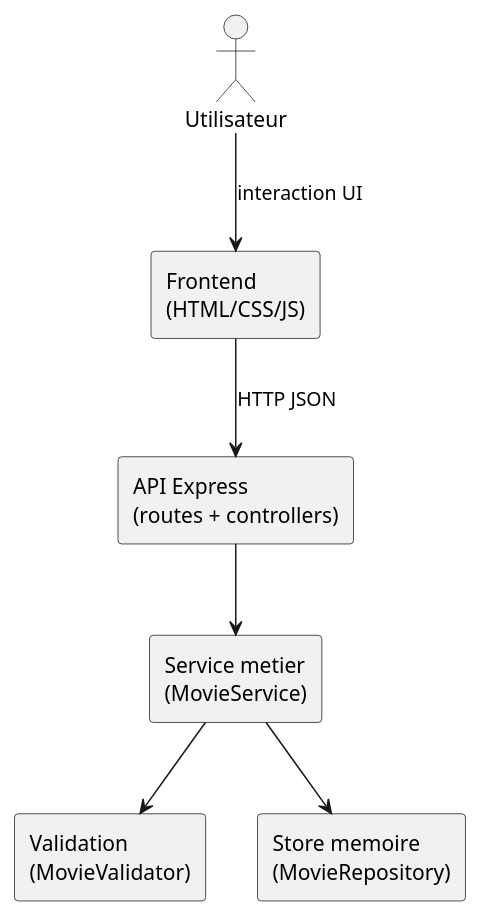
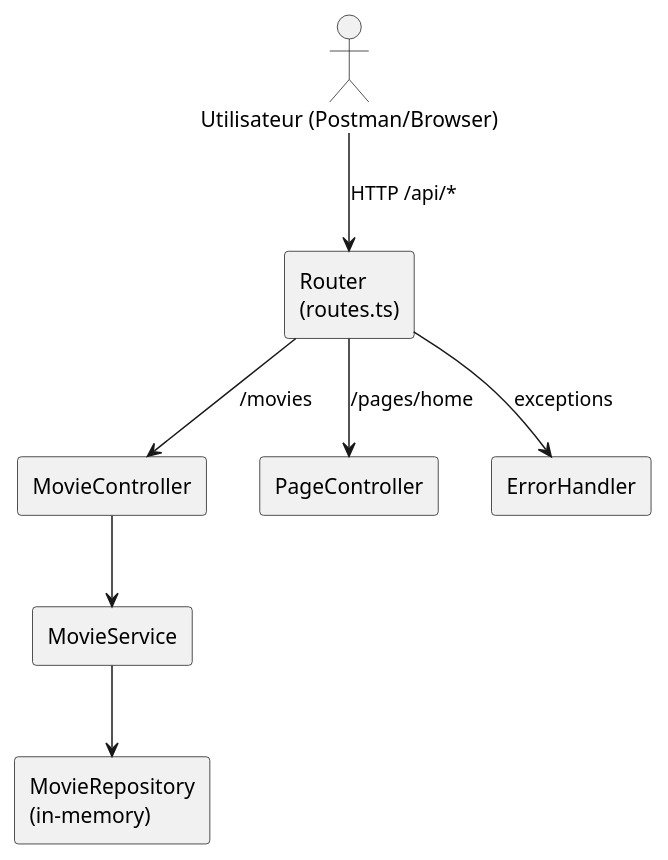
Before and after one commit to aah-supports/presentation-cda: the diagram in TPs/uml/05_composants-architecture.puml, drawn with PlantUML. The commit also changed 9 other files, not shown here.

Commit message:
refactor: simplify and guide TP docs for CDA project flow

```diff
--- a/TPs/uml/05_composants-architecture.puml
+++ b/TPs/uml/05_composants-architecture.puml
@@ -1,19 +1,21 @@
 @startuml
 skinparam componentStyle rectangle
 skinparam shadowing false
 
-actor Utilisateur as User
+actor "Utilisateur (Postman/Browser)" as User
 
-component "Frontend\n(HTML/CSS/JS)" as FE
-component "API Express\n(routes + controllers)" as API
-component "Service metier\n(MovieService)" as SVC
-component "Validation\n(MovieValidator)" as VAL
-component "Store memoire\n(MovieRepository)" as STORE
+component "Router\n(routes.ts)" as ROUTER
+component "MovieController" as MC
+component "PageController" as PC
+component "MovieService" as SVC
+component "MovieRepository\n(in-memory)" as REPO
+component "ErrorHandler" as ERR
 
-User --> FE : interaction UI
-FE --> API : HTTP JSON
-API --> SVC
-SVC --> VAL
-SVC --> STORE
+User --> ROUTER : HTTP /api/*
+ROUTER --> MC : /movies
+ROUTER --> PC : /pages/home
+MC --> SVC
+SVC --> REPO
+ROUTER --> ERR : exceptions
 
 @enduml
```
